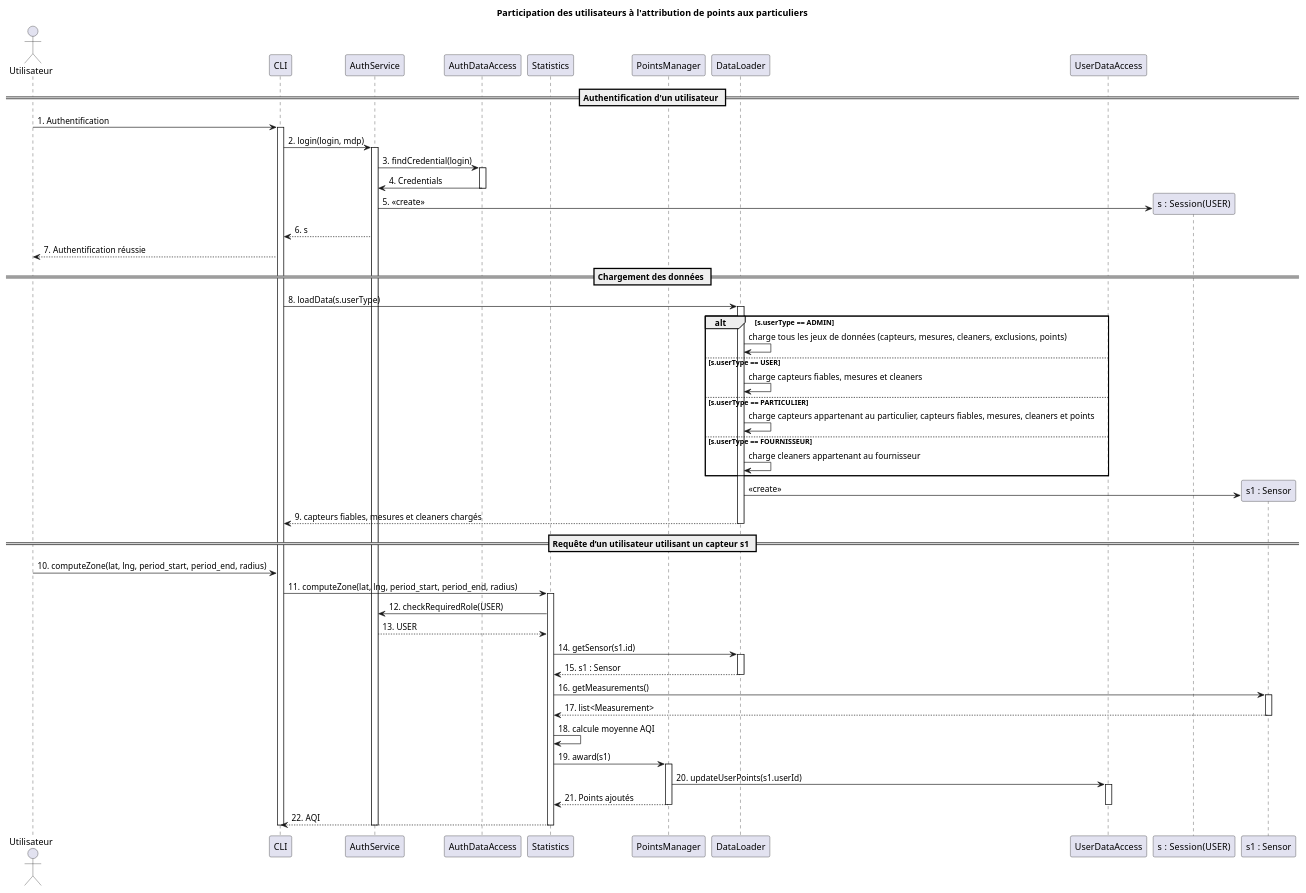
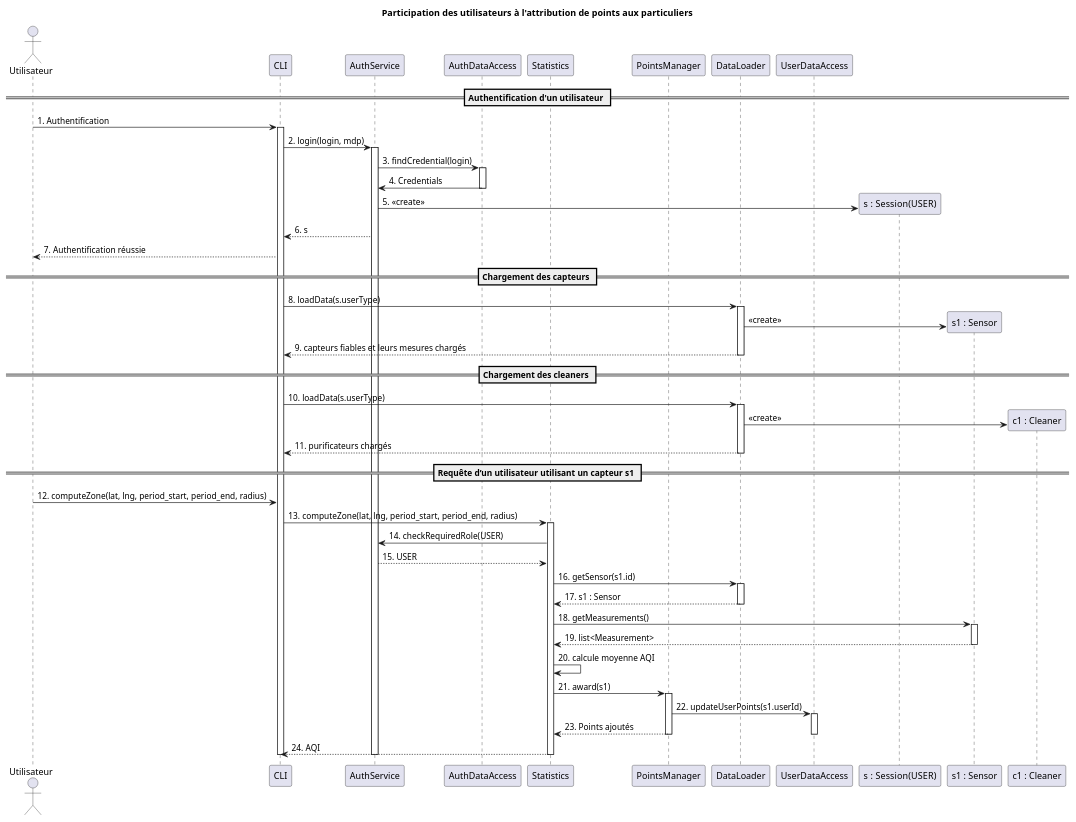
The diagram in UML/DdS-Participation.puml (ldureuil/3IF_AirWatcher), drawn with PlantUML before and after one commit. The commit also changed 13 other files, not shown here.

Commit message:
Mise-à-jour des diagrammes UML, modification du fichier des tests fonctionnels et création/relocalisation des données des tests fonctionnels

```diff
--- a/UML/DdS-Participation.puml
+++ b/UML/DdS-Participation.puml
@@ -1,83 +1,82 @@
 @startuml Partici
 title Participation des utilisateurs à l'attribution de points aux particuliers
 
 actor "Utilisateur" as user
 
 participant "CLI" as cli
 
 participant "AuthService" as auth
 participant "AuthDataAccess" as authdata
 
 participant "Statistics" as service
 
 participant "PointsManager" as points
 participant "DataLoader" as dl
 participant "UserDataAccess" as uda
 
 == Authentification d'un utilisateur ==
 user -> cli : 1. Authentification
 activate cli
 cli -> auth : 2. login(login, mdp)
 
     activate auth
         auth -> authdata : 3. findCredential(login)
 
         activate authdata
             authdata -> auth : 4. Credentials
         deactivate authdata
 
         create "s :  Session(USER)" as s
         auth -> s : 5. <<create>>
         auth --> cli : 6. s
         cli --> user : 7. Authentification réussie
 
-== Chargement des données ==
+== Chargement des capteurs ==
     cli -> dl  : 8. loadData(s.userType)
     activate dl
-    alt s.userType == ADMIN
-        dl -> dl : charge tous les jeux de données  (capteurs, mesures, cleaners, exclusions, points)
-    else s.userType == USER
-        dl -> dl : charge capteurs fiables, mesures et cleaners
-    else s.userType == PARTICULIER
-        dl -> dl : charge capteurs appartenant au particulier, capteurs fiables, mesures, cleaners et points
-    else s.userType == FOURNISSEUR
-        dl -> dl : charge cleaners appartenant au fournisseur
-    end
     create "s1 : Sensor" as s1
     dl -> s1 : <<create>>
-    dl --> cli  : 9. capteurs fiables, mesures et cleaners chargés
+    dl --> cli  : 9. capteurs fiables et leurs mesures chargés
+    deactivate dl
+
+== Chargement des cleaners ==
+    cli -> dl  : 10. loadData(s.userType)
+    activate dl
+    create "c1 : Cleaner" as c1
+    dl -> c1 : <<create>>
+    dl --> cli  : 11. purificateurs chargés
     deactivate dl
 
 == Requête d’un utilisateur utilisant un capteur s1 ==
-        user -> cli : 10. computeZone(lat, lng, period_start, period_end, radius)
-        cli -> service : 11. computeZone(lat, lng, period_start, period_end, radius)
+        user -> cli : 12. computeZone(lat, lng, period_start, period_end, radius)
+        cli -> service : 13. computeZone(lat, lng, period_start, period_end, radius)
         
         activate service
-            service -> auth : 12. checkRequiredRole(USER)
-            auth --> service : 13. USER
+            service -> auth : 14. checkRequiredRole(USER)
+            auth --> service : 15. USER
 
-            service -> dl : 14. getSensor(s1.id)
+            service -> dl : 16. getSensor(s1.id)
             activate dl
-                dl --> service : 15. s1 : Sensor
+                dl --> service : 17. s1 : Sensor
             deactivate dl
 
-            service -> s1 : 16. getMeasurements()
+            service -> s1 : 18. getMeasurements()
             activate s1
-                s1 --> service : 17. list<Measurement>
+                s1 --> service : 19. list<Measurement>
             deactivate s1
 
-            service -> service : 18. calcule moyenne AQI
+            service -> service : 20. calcule moyenne AQI
 
-            service -> points : 19. award(s1)
+            service -> points : 21. award(s1)
             activate points
-                points -> uda : 20. updateUserPoints(s1.userId)
+                points -> uda : 22. updateUserPoints(s1.userId)
                 activate uda
-                    points --> service : 21. Points ajoutés
+                    points --> service : 23. Points ajoutés
                 deactivate uda
             deactivate points
 
-            service --> cli : 22. AQI
+            service --> cli : 24. AQI
         deactivate service
     deactivate auth
 deactivate cli
 @enduml
```
